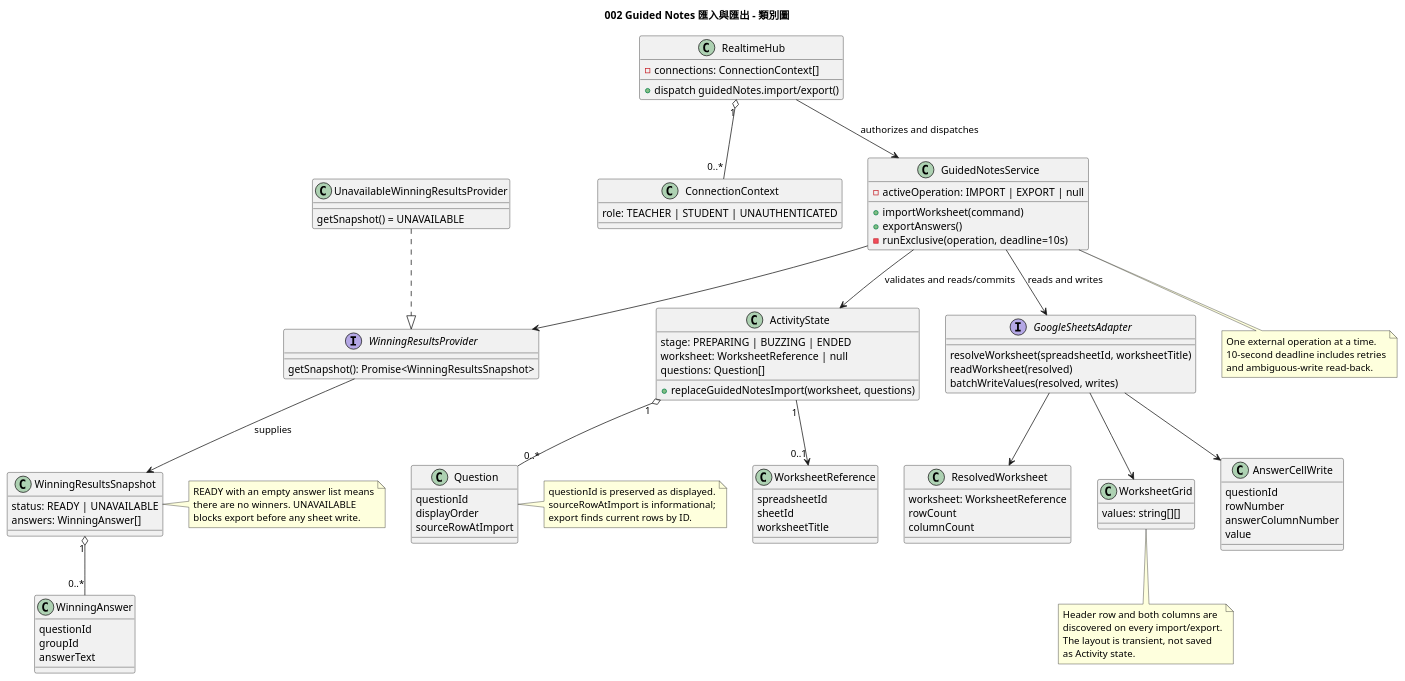
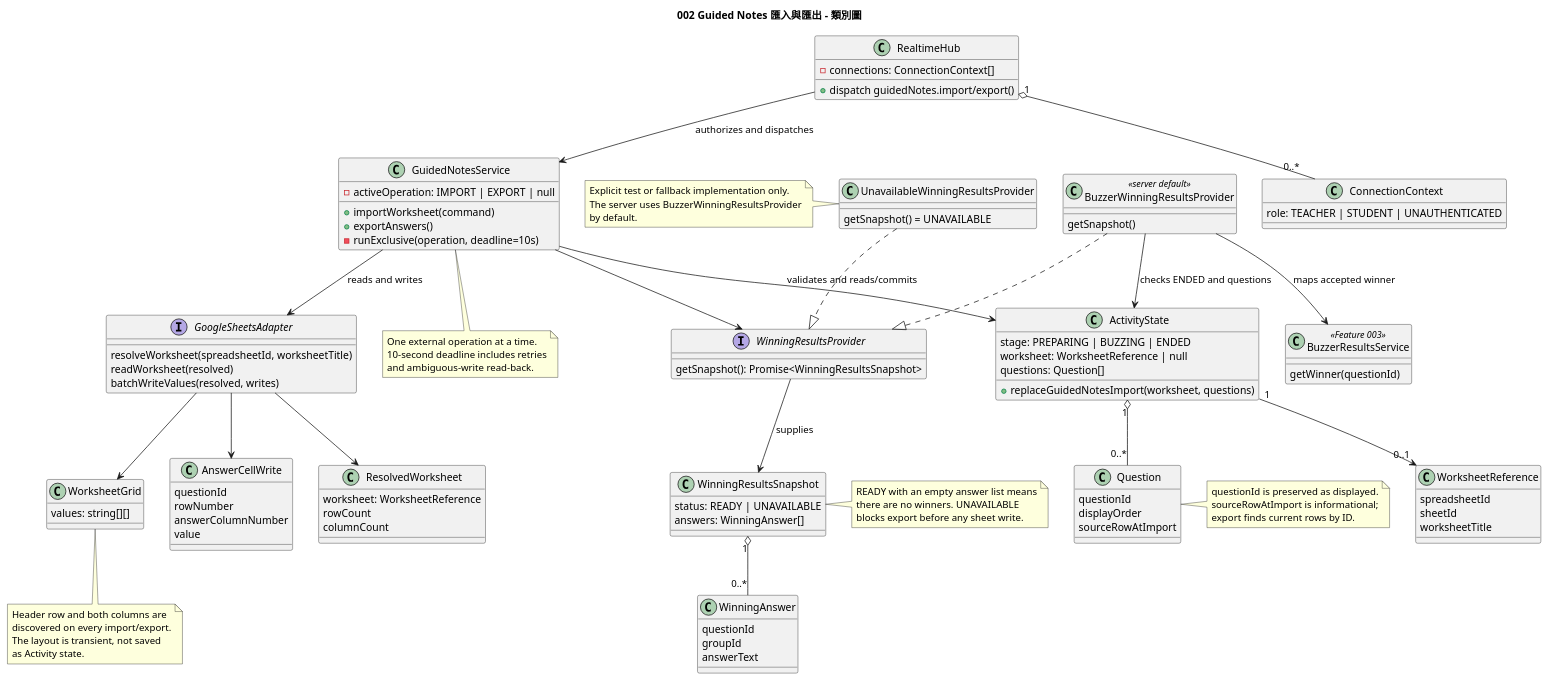
Before and after one commit to ncuyvonne/speckit-buzzer: the diagram in diagrams/002-guided-notes-class.puml, drawn with PlantUML. The commit also changed 18 other files, not shown here.

```diff
--- a/diagrams/002-guided-notes-class.puml
+++ b/diagrams/002-guided-notes-class.puml
@@ -1,119 +1,136 @@
 @startuml
 title 002 Guided Notes 匯入與匯出 - 類別圖
 
 class RealtimeHub {
   -connections: ConnectionContext[]
   +dispatch guidedNotes.import/export()
 }
 
 class ConnectionContext {
   role: TEACHER | STUDENT | UNAUTHENTICATED
 }
 
 class GuidedNotesService {
   -activeOperation: IMPORT | EXPORT | null
   +importWorksheet(command)
   +exportAnswers()
   -runExclusive(operation, deadline=10s)
 }
 
 class ActivityState {
   stage: PREPARING | BUZZING | ENDED
   worksheet: WorksheetReference | null
   questions: Question[]
   +replaceGuidedNotesImport(worksheet, questions)
 }
 
 class WorksheetReference {
   spreadsheetId
   sheetId
   worksheetTitle
 }
 
 class Question {
   questionId
   displayOrder
   sourceRowAtImport
 }
 
 class ResolvedWorksheet {
   worksheet: WorksheetReference
   rowCount
   columnCount
 }
 
 class WorksheetGrid {
   values: string[][]
 }
 
 class AnswerCellWrite {
   questionId
   rowNumber
   answerColumnNumber
   value
 }
 
 interface GoogleSheetsAdapter {
   resolveWorksheet(spreadsheetId, worksheetTitle)
   readWorksheet(resolved)
   batchWriteValues(resolved, writes)
 }
 
 interface WinningResultsProvider {
   getSnapshot(): Promise<WinningResultsSnapshot>
 }
 
 class UnavailableWinningResultsProvider {
   getSnapshot() = UNAVAILABLE
 }
 
+class BuzzerWinningResultsProvider <<server default>> {
+  getSnapshot()
+}
+
+class BuzzerResultsService <<Feature 003>> {
+  getWinner(questionId)
+}
+
 class WinningResultsSnapshot {
   status: READY | UNAVAILABLE
   answers: WinningAnswer[]
 }
 
 class WinningAnswer {
   questionId
   groupId
   answerText
 }
 
 RealtimeHub "1" o-- "0..*" ConnectionContext
 RealtimeHub --> GuidedNotesService : authorizes and dispatches
 GuidedNotesService --> ActivityState : validates and reads/commits
 ActivityState "1" o-- "0..*" Question
 ActivityState "1" --> "0..1" WorksheetReference
 GuidedNotesService --> GoogleSheetsAdapter : reads and writes
 GoogleSheetsAdapter --> ResolvedWorksheet
 GoogleSheetsAdapter --> WorksheetGrid
 GoogleSheetsAdapter --> AnswerCellWrite
 GuidedNotesService --> WinningResultsProvider
 UnavailableWinningResultsProvider ..|> WinningResultsProvider
+BuzzerWinningResultsProvider ..|> WinningResultsProvider
+BuzzerWinningResultsProvider --> BuzzerResultsService : maps accepted winner
+BuzzerWinningResultsProvider --> ActivityState : checks ENDED and questions
 WinningResultsProvider --> WinningResultsSnapshot : supplies
 WinningResultsSnapshot "1" o-- "0..*" WinningAnswer
 
 note right of Question
 questionId is preserved as displayed.
 sourceRowAtImport is informational;
 export finds current rows by ID.
 end note
 
 note bottom of WorksheetGrid
 Header row and both columns are
 discovered on every import/export.
 The layout is transient, not saved
 as Activity state.
 end note
 
 note right of WinningResultsSnapshot
 READY with an empty answer list means
 there are no winners. UNAVAILABLE
 blocks export before any sheet write.
 end note
 
+note left of UnavailableWinningResultsProvider
+Explicit test or fallback implementation only.
+The server uses BuzzerWinningResultsProvider
+by default.
+end note
+
 note bottom of GuidedNotesService
 One external operation at a time.
 10-second deadline includes retries
 and ambiguous-write read-back.
 end note
 @enduml
```
